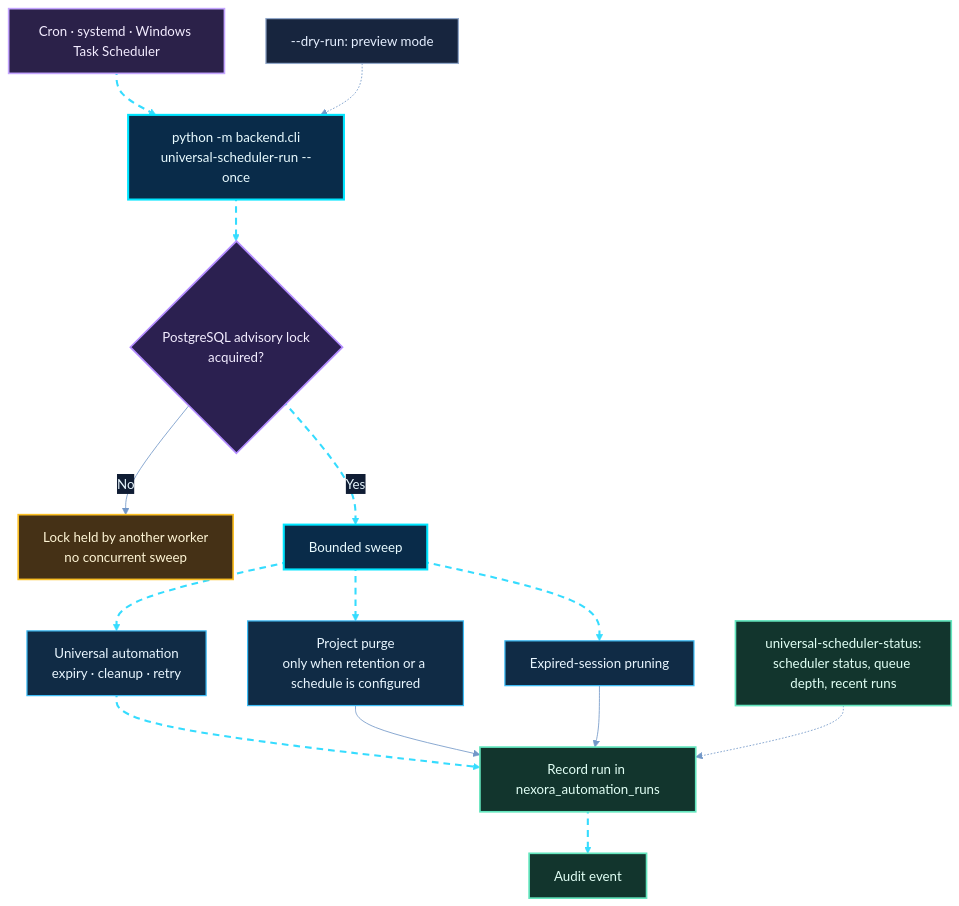
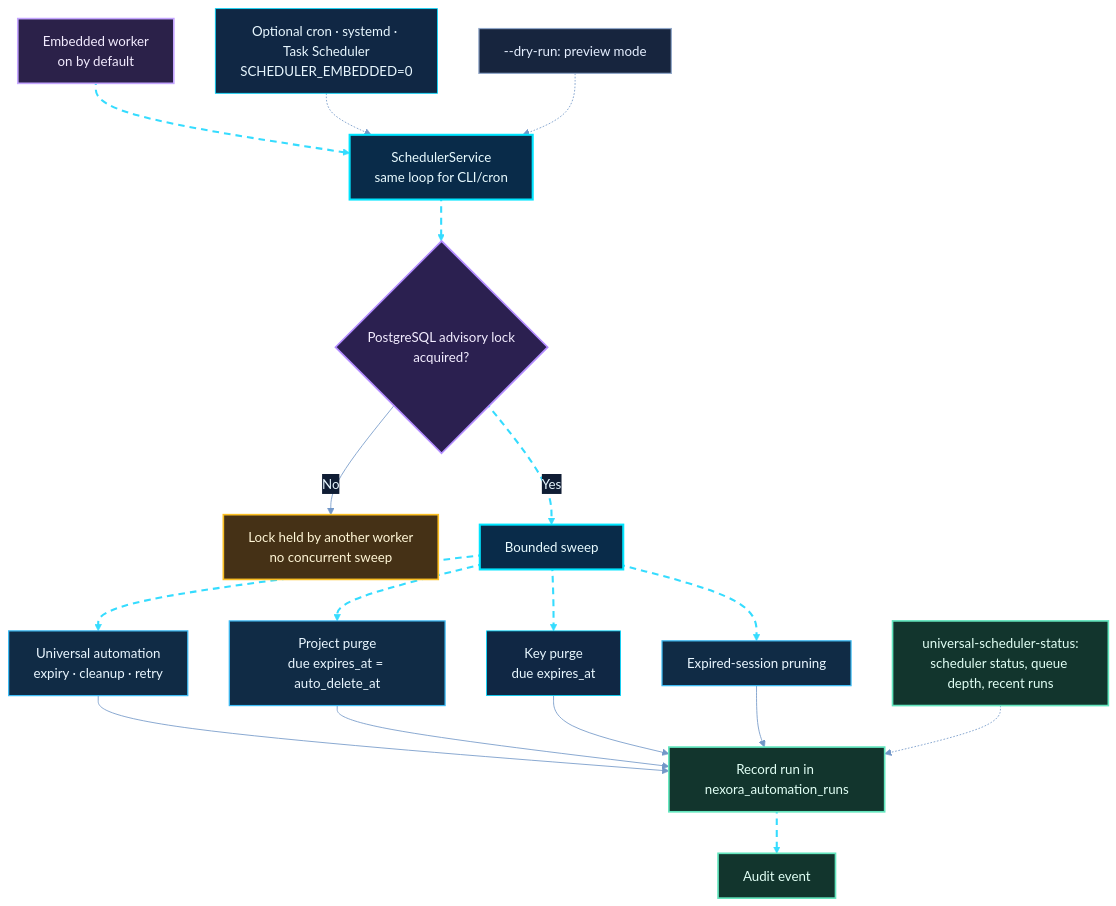
Before and after one commit to shajeduzzamanenan992008inc/NexOra-Database-key-Gen: diagram 18 of 23 in README.md, drawn with Mermaid. The commit also changed other lines of this file and 44 other files, not shown here.

````diff
--- a/README.md
+++ b/README.md
@@ -1498,39 +1495,42 @@
 ```mermaid
 %%{init: {"theme":"base","themeVariables":{"darkMode":true,"background":"#07111f","primaryColor":"#102744","primaryTextColor":"#e8f7ff","primaryBorderColor":"#00d9ff","lineColor":"#7297c8","secondaryColor":"#261d45","secondaryTextColor":"#f3eaff","secondaryBorderColor":"#a78bfa","tertiaryColor":"#12332b","tertiaryTextColor":"#e0fff1","tertiaryBorderColor":"#41e6a2","fontFamily":"Inter, Segoe UI, sans-serif","edgeLabelBackground":"#101d34","mainBkg":"#102744","nodeBorder":"#00d9ff","clusterBkg":"#0b1930","clusterBorder":"#6f7dff","actorBkg":"#102744","actorBorder":"#00d9ff","actorTextColor":"#e8f7ff","signalColor":"#64d8ff","signalTextColor":"#e8f7ff","noteBkgColor":"#0e332b","noteBorderColor":"#41e6a2","noteTextColor":"#e0fff1"}}}%%
 flowchart TD
-    T["Cron · systemd · Windows Task Scheduler"] nx14e01@--> C["python -m backend.cli<br/>universal-scheduler-run --once"]
+    T["Embedded worker<br/>on by default"] nx14e01@--> C["SchedulerService<br/>same loop for CLI/cron"]
+    T2["Optional cron · systemd · Task Scheduler<br/>SCHEDULER_EMBEDDED=0"] -.-> C
     C nx14e02@--> L{"PostgreSQL advisory lock<br/>acquired?"}
     L -->|No| W["Lock held by another worker<br/>no concurrent sweep"]
     L nx14e03@-->|Yes| S["Bounded sweep"]
     S nx14e04@--> J1["Universal automation<br/>expiry · cleanup · retry"]
-    S nx14e05@--> J2["Project purge<br/>only when retention or a schedule is configured"]
+    S nx14e05@--> J2["Project purge<br/>due expires_at = auto_delete_at"]
+    S nx14e07@--> J4["Key purge<br/>due expires_at"]
     S nx14e06@--> J3["Expired-session pruning"]
     J1 nx14e07@--> R["Record run in nexora_automation_runs"]
     J2 --> R
+    J4 --> R
     J3 --> R
     R nx14e08@--> A["Audit event"]
     D["--dry-run: preview mode"] -.-> C
     ST["universal-scheduler-status:<br/>scheduler status, queue depth, recent runs"] -.-> R
 
     %% OMEGA NEX-ORA visual classes
     %% OMEGA NEX-ORA / ULTRA NEON PALETTE
     classDef nxCore fill:#092b49,stroke:#00e5ff,stroke-width:2.5px,color:#e9fbff;
     classDef nxProcess fill:#102b45,stroke:#3dbcf5,stroke-width:1.5px,color:#e9f6ff;
     classDef nxDecision fill:#2b2050,stroke:#b38cff,stroke-width:2px,color:#f3edff;
     classDef nxSuccess fill:#0d3b2c,stroke:#3fffa0,stroke-width:2px,color:#e0fff0;
     classDef nxDanger fill:#451d30,stroke:#ff6688,stroke-width:2px,color:#fff0f3;
     classDef nxData fill:#12352d,stroke:#63e6be,stroke-width:2px,color:#e1fff5;
     classDef nxExternal fill:#2b2149,stroke:#c4a5ff,stroke-width:2px,color:#f3ecff;
     classDef nxInfo fill:#17253e,stroke:#91a7c9,stroke-width:1.5px,color:#e5efff;
     classDef nxWarning fill:#453116,stroke:#fbbf24,stroke-width:2px,color:#fff6d6;
     %% Moving dashed route: Mermaid applies this class to explicitly identified edges.
     classDef nxAnimated stroke:#35dcff,stroke-width:2.5px,stroke-dasharray:8\,6,stroke-dashoffset:1000,animation:dash 24s linear infinite;
     class T nxExternal;
     class C,S nxCore;
     class L nxDecision;
     class W nxWarning;
     class J1,J2,J3 nxProcess;
     class R,A,ST nxData;
     class D nxInfo;
     class nx14e01,nx14e02,nx14e03,nx14e04,nx14e05,nx14e06,nx14e07,nx14e08 nxAnimated;
 ```
````
